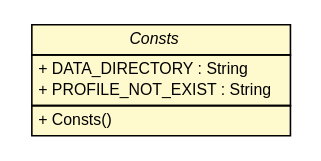
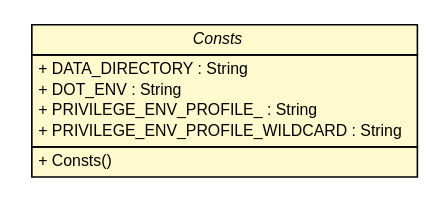
The diagram in snapshot/build-docker/maven-build-java8/spring-cloud-config/spring-cloud-config-server/apidocs/cn/home1/cloud/config/server/util/Consts.dot (sfeng9d/spring-cloud-config), drawn with Graphviz before and after one commit. The commit also changed 149 other files, not shown here.

Commit message:
Creating site for spring-cloud-config-server-0.0.1-SNAPSHOT

```diff
--- a/snapshot/build-docker/maven-build-java8/spring-cloud-config/spring-cloud-config-server/apidocs/cn/home1/cloud/config/server/util/Consts.dot
+++ b/snapshot/build-docker/maven-build-java8/spring-cloud-config/spring-cloud-config-server/apidocs/cn/home1/cloud/config/server/util/Consts.dot
@@ -1,25 +1,27 @@
 #!/usr/local/bin/dot
 #
 # Class diagram 
 # Generated by UMLGraph version R5_6-24-gf6e263 (http://www.umlgraph.org/)
 #
 
 digraph G {
 	edge [fontname="Helvetica",fontsize=10,labelfontname="Helvetica",labelfontsize=10];
 	node [fontname="Helvetica",fontsize=10,shape=plaintext];
 	nodesep=0.25;
 	ranksep=0.5;
 	// cn.home1.cloud.config.server.util.Consts
-	c196 [label=<<table title="cn.home1.cloud.config.server.util.Consts" border="0" cellborder="1" cellspacing="0" cellpadding="2" port="p" bgcolor="lemonChiffon" href="./Consts.html">
+	c180 [label=<<table title="cn.home1.cloud.config.server.util.Consts" border="0" cellborder="1" cellspacing="0" cellpadding="2" port="p" bgcolor="lemonChiffon" href="./Consts.html">
 		<tr><td><table border="0" cellspacing="0" cellpadding="1">
 <tr><td align="center" balign="center"><font face="Helvetica-Oblique"> Consts </font></td></tr>
 		</table></td></tr>
 		<tr><td><table border="0" cellspacing="0" cellpadding="1">
 <tr><td align="left" balign="left"> + DATA_DIRECTORY : String </td></tr>
-<tr><td align="left" balign="left"> + PROFILE_NOT_EXIST : String </td></tr>
+<tr><td align="left" balign="left"> + DOT_ENV : String </td></tr>
+<tr><td align="left" balign="left"> + PRIVILEGE_ENV_PROFILE_ : String </td></tr>
+<tr><td align="left" balign="left"> + PRIVILEGE_ENV_PROFILE_WILDCARD : String </td></tr>
 		</table></td></tr>
 		<tr><td><table border="0" cellspacing="0" cellpadding="1">
 <tr><td align="left" balign="left"> + Consts() </td></tr>
 		</table></td></tr>
 		</table>>, URL="./Consts.html", fontname="Helvetica", fontcolor="black", fontsize=10.0];
 }
```
